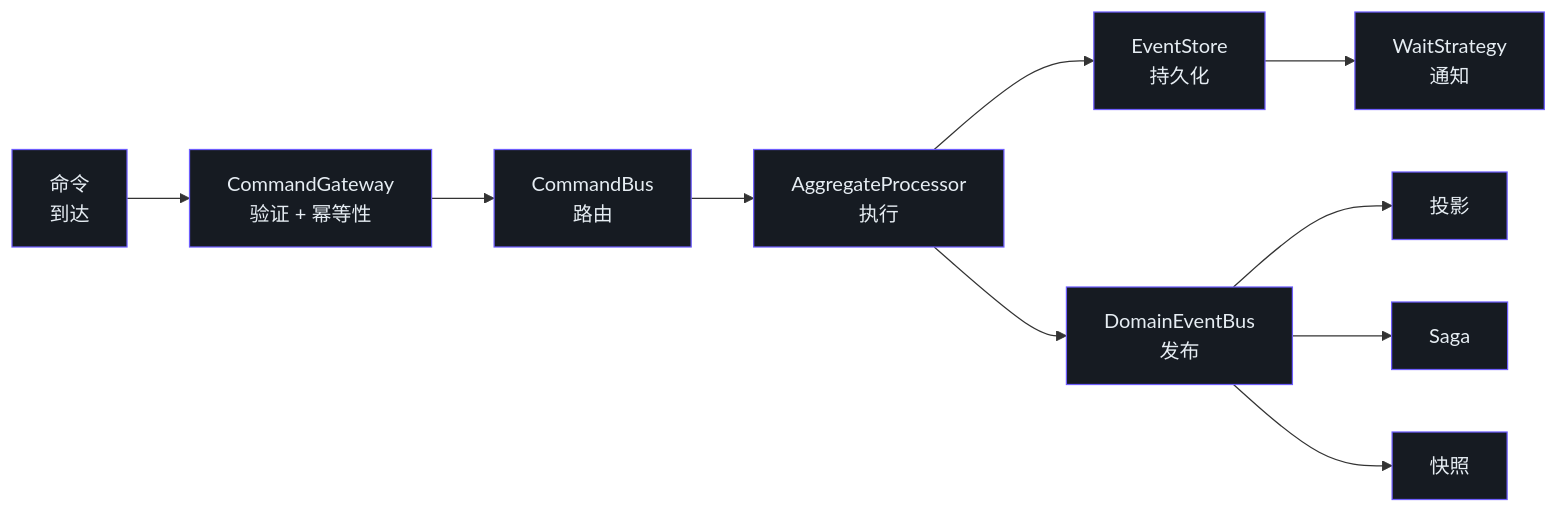
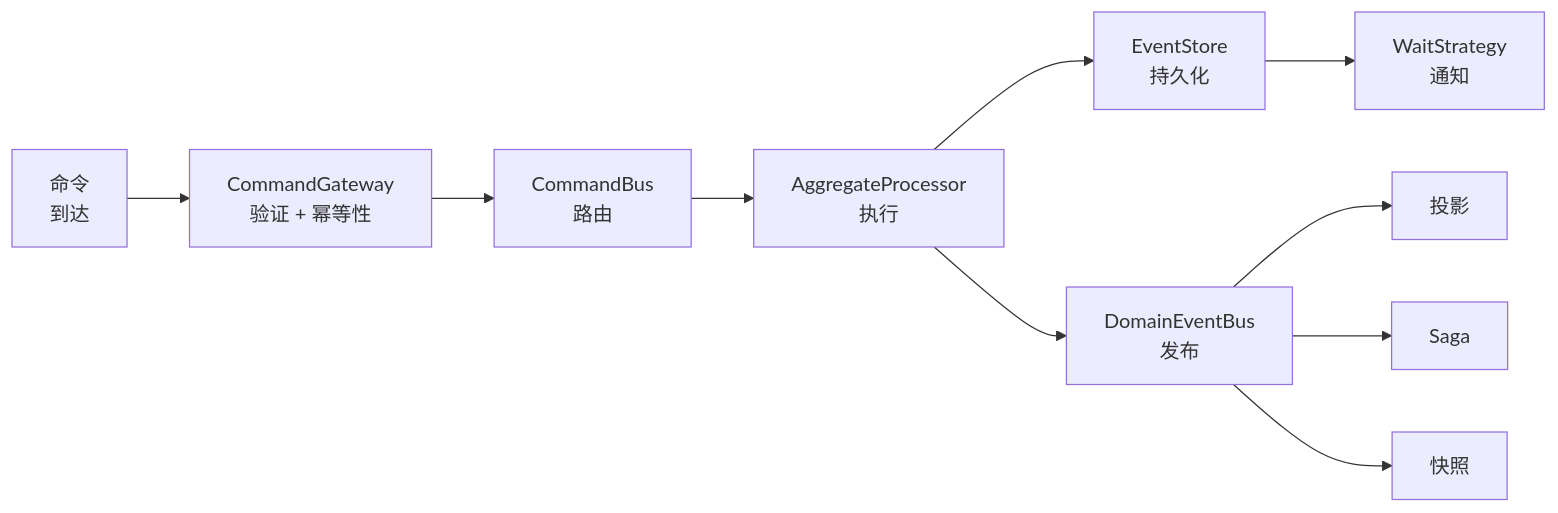
One commit to Ahoo-Wang/Wow changed the first of 10 diagrams in documentation/docs/zh/guide/advanced/data-flow.md. Above: the diagram before and after it, drawn with Mermaid. The commit also changed other lines of this file and 32 other files, not shown here.

Commit message:
docs: remove unsupported style/classDef directives from stateDiagram-v2 Mermaid blocks

````diff
--- a/documentation/docs/zh/guide/advanced/data-flow.md
+++ b/documentation/docs/zh/guide/advanced/data-flow.md
@@ -12,25 +12,15 @@
 ```mermaid
 graph LR
     CMD["命令<br>到达"] --> GW["CommandGateway<br>验证 + 幂等性"]
     GW --> CB["CommandBus<br>路由"]
     CB --> AP["AggregateProcessor<br>执行"]
     AP --> ES["EventStore<br>持久化"]
     AP --> DEB["DomainEventBus<br>发布"]
     DEB --> PROJ["投影"]
     DEB --> SAGA["Saga"]
     DEB --> SNAP["快照"]
     ES --> WS["WaitStrategy<br>通知"]
 
-    style CMD fill:#161b22,stroke:#6d5dfc,color:#e6edf3
-    style GW fill:#161b22,stroke:#6d5dfc,color:#e6edf3
-    style CB fill:#161b22,stroke:#6d5dfc,color:#e6edf3
-    style AP fill:#161b22,stroke:#6d5dfc,color:#e6edf3
-    style ES fill:#161b22,stroke:#6d5dfc,color:#e6edf3
-    style DEB fill:#161b22,stroke:#6d5dfc,color:#e6edf3
-    style PROJ fill:#161b22,stroke:#6d5dfc,color:#e6edf3
-    style SAGA fill:#161b22,stroke:#6d5dfc,color:#e6edf3
-    style SNAP fill:#161b22,stroke:#6d5dfc,color:#e6edf3
-    style WS fill:#161b22,stroke:#6d5dfc,color:#e6edf3
 
 
 ```
````
